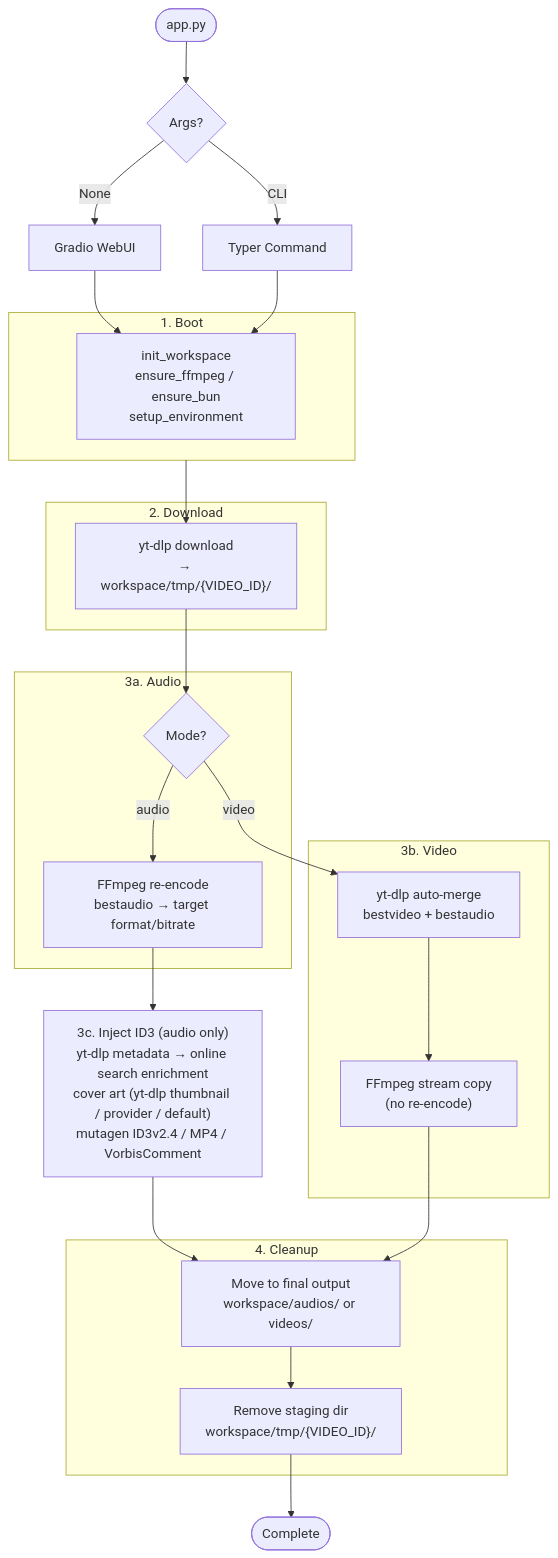
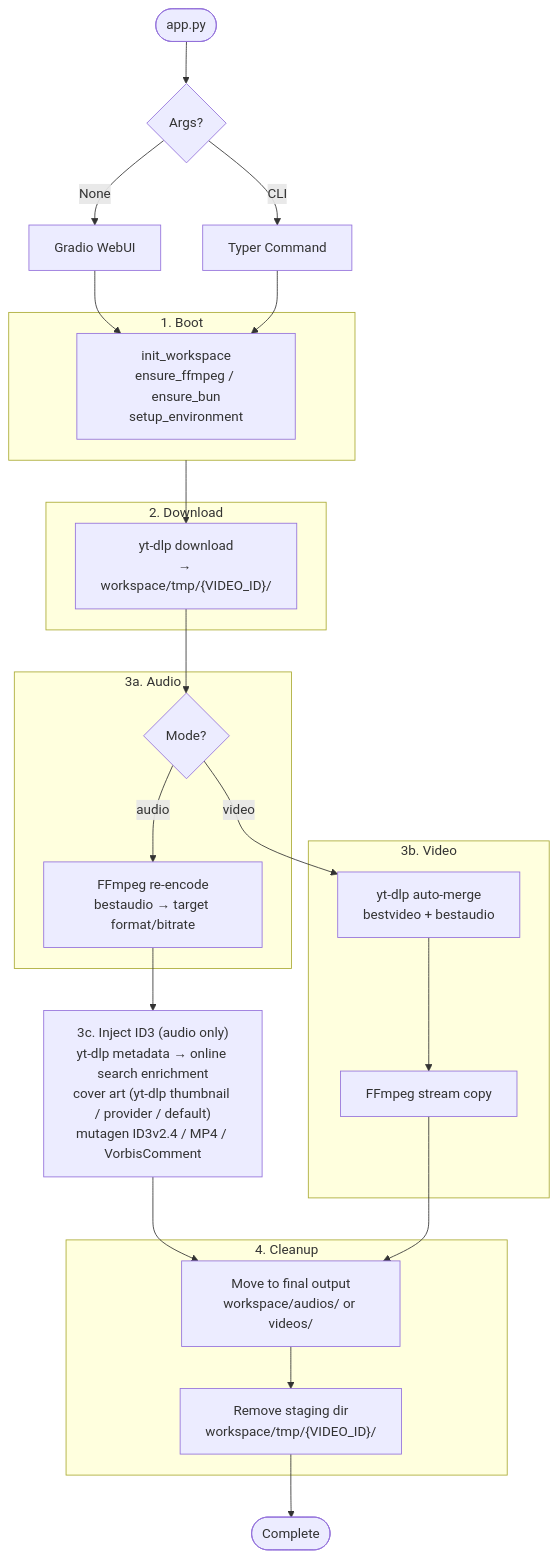
One commit to dimaskiddo/yt-dl changed the first of 7 diagrams in docs/WORKFLOWS.md. Above: the diagram before and after it, drawn with Mermaid. The commit also changed other lines of this file and 13 other files, not shown here.

````diff
--- a/docs/WORKFLOWS.md
+++ b/docs/WORKFLOWS.md
@@ -9,38 +9,38 @@
 ```mermaid
 flowchart TD
     Start([app.py]) --> Route{Args?}
     Route -- "None" --> WebUI[Gradio WebUI]
     Route -- "CLI" --> CLI[Typer Command]
     WebUI --> Boot
     CLI --> Boot
 
     subgraph S1["1. Boot"]
         Boot["init_workspace<br/>ensure_ffmpeg / ensure_bun<br/>setup_environment"]
     end
 
     S1 --> Download
     subgraph S2["2. Download"]
         Download["yt-dlp download<br/>→ workspace/tmp/{VIDEO_ID}/"]
     end
 
     Download --> Mode{Mode?}
 
     subgraph S3A["3a. Audio"]
         Mode -- "audio" --> Encode["FFmpeg re-encode<br/>bestaudio → target format/bitrate"]
     end
 
     subgraph S3B["3b. Video"]
         Mode -- "video" --> Merge["yt-dlp auto-merge<br/>bestvideo + bestaudio"]
-        Merge --> Copy["FFmpeg stream copy<br/>(no re-encode)"]
+        Merge --> Copy["FFmpeg stream copy"]
     end
 
     Encode --> Tag["3c. Inject ID3 (audio only)<br/>yt-dlp metadata → online search enrichment<br/>cover art (yt-dlp thumbnail / provider / default)<br/>mutagen ID3v2.4 / MP4 / VorbisComment"]
     Tag --> Move
     Copy --> Move
 
     subgraph S4["4. Cleanup"]
         Move["Move to final output<br/>workspace/audios/ or videos/"] --> Cleanup["Remove staging dir<br/>workspace/tmp/{VIDEO_ID}/"]
     end
 
     Cleanup --> Done([Complete])
 ```
````
